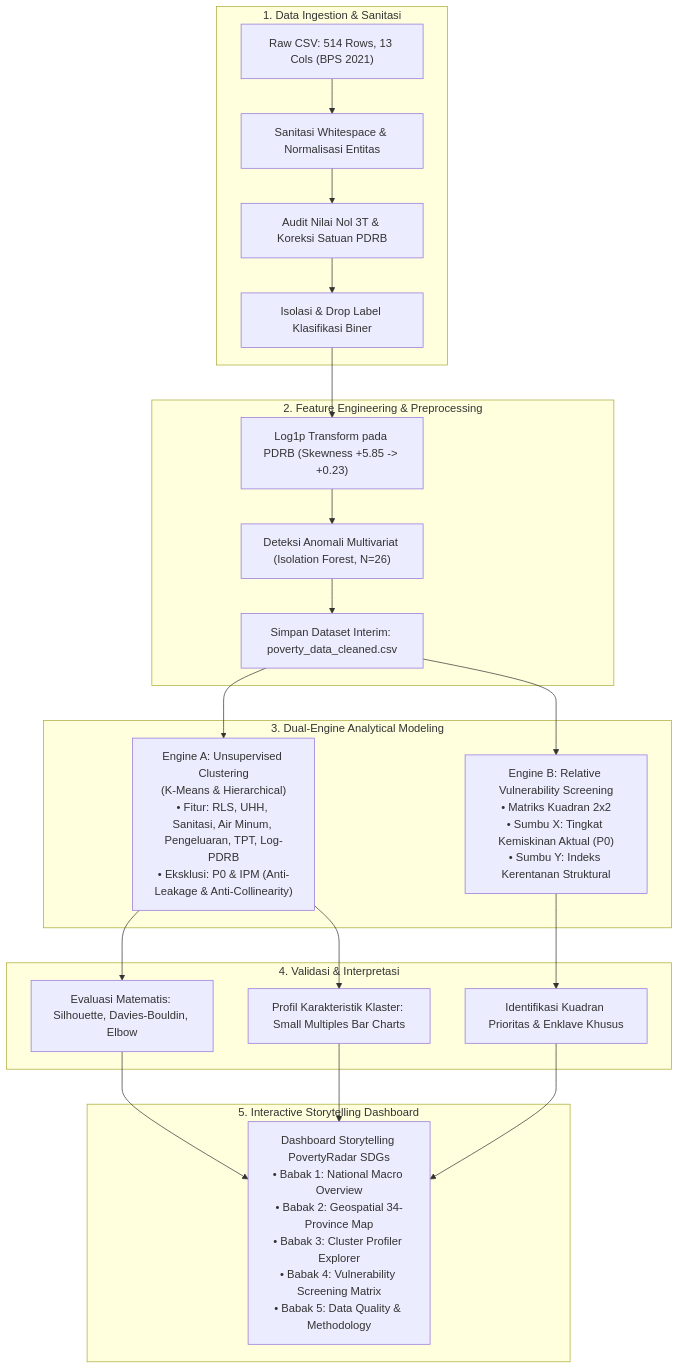
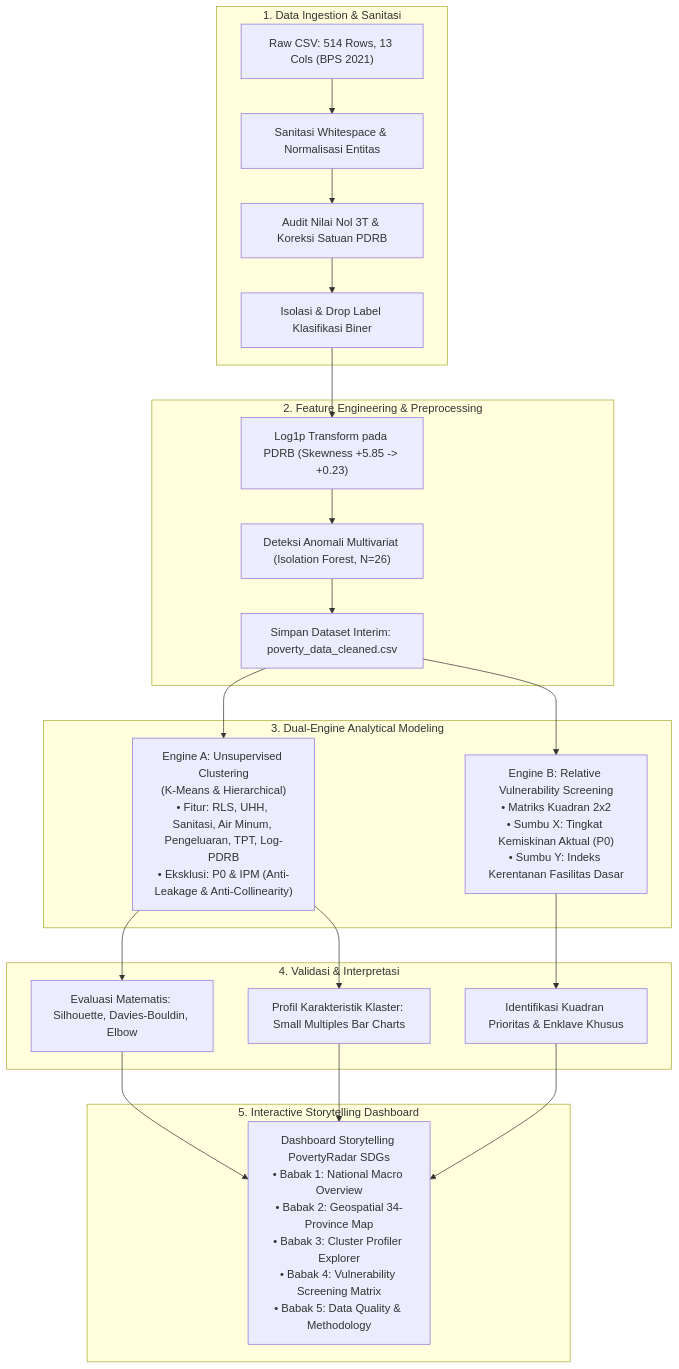
One commit to Arfiadi/poverty-radar changed the diagram in docs/problem_framing_and_objectives.md. Above: the diagram before and after it, drawn with Mermaid. The commit also changed other lines of this file and 5 other files, not shown here.

Commit message:
docs: consolidate documentation architecture and integrate design specs into design.md

````diff
--- a/docs/problem_framing_and_objectives.md
+++ b/docs/problem_framing_and_objectives.md
@@ -137,29 +90,29 @@
 ```mermaid
 flowchart TD
     subgraph S1["1. Data Ingestion & Sanitasi"]
         D1["Raw CSV: 514 Rows, 13 Cols (BPS 2021)"] --> D2["Sanitasi Whitespace & Normalisasi Entitas"]
         D2 --> D3["Audit Nilai Nol 3T & Koreksi Satuan PDRB"]
         D3 --> D4["Isolasi & Drop Label Klasifikasi Biner"]
     end
 
     subgraph S2["2. Feature Engineering & Preprocessing"]
         D4 --> F1["Log1p Transform pada PDRB (Skewness +5.85 -> +0.23)"]
         F1 --> F2["Deteksi Anomali Multivariat (Isolation Forest, N=26)"]
         F2 --> F3["Simpan Dataset Interim: poverty_data_cleaned.csv"]
     end
 
     subgraph S3["3. Dual-Engine Analytical Modeling"]
         F3 --> M1["Engine A: Unsupervised Clustering<br/>(K-Means & Hierarchical)<br/>• Fitur: RLS, UHH, Sanitasi, Air Minum, Pengeluaran, TPT, Log-PDRB<br/>• Eksklusi: P0 & IPM (Anti-Leakage & Anti-Collinearity)"]
-        F3 --> M2["Engine B: Relative Vulnerability Screening<br/>• Matriks Kuadran 2x2<br/>• Sumbu X: Tingkat Kemiskinan Aktual (P0)<br/>• Sumbu Y: Indeks Kerentanan Struktural"]
+        F3 --> M2["Engine B: Relative Vulnerability Screening<br/>• Matriks Kuadran 2x2<br/>• Sumbu X: Tingkat Kemiskinan Aktual (P0)<br/>• Sumbu Y: Indeks Kerentanan Fasilitas Dasar"]
     end
 
     subgraph S4["4. Validasi & Interpretasi"]
         M1 --> E1["Evaluasi Matematis: Silhouette, Davies-Bouldin, Elbow"]
         M1 --> E2["Profil Karakteristik Klaster: Small Multiples Bar Charts"]
         M2 --> E3["Identifikasi Kuadran Prioritas & Enklave Khusus"]
     end
 
     subgraph S5["5. Interactive Storytelling Dashboard"]
         E1 & E2 & E3 --> UI["Dashboard Storytelling PovertyRadar SDGs<br/>• Babak 1: National Macro Overview<br/>• Babak 2: Geospatial 34-Province Map<br/>• Babak 3: Cluster Profiler Explorer<br/>• Babak 4: Vulnerability Screening Matrix<br/>• Babak 5: Data Quality & Methodology"]
     end
 ```
````
